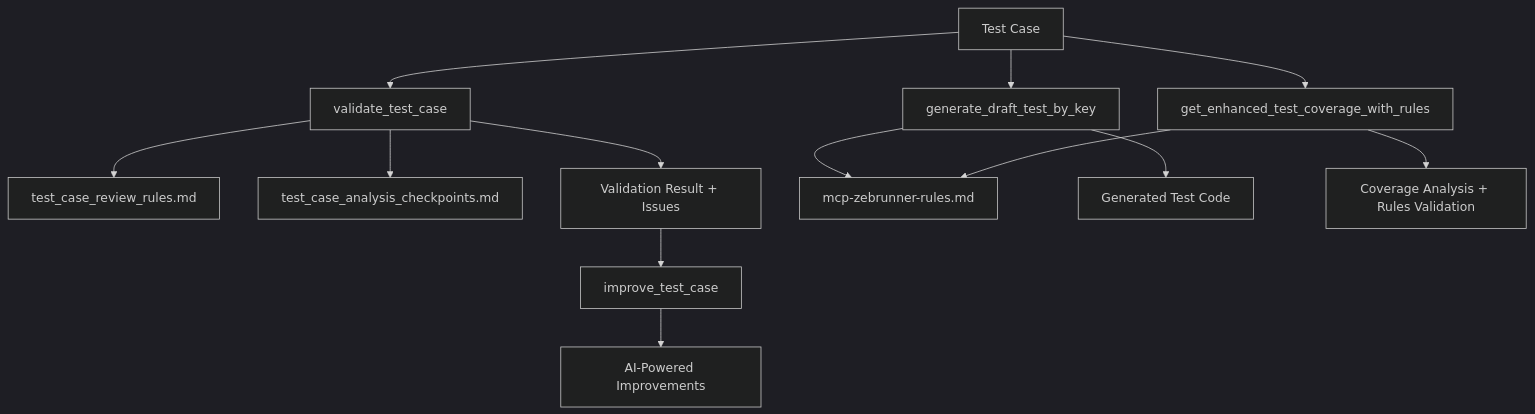
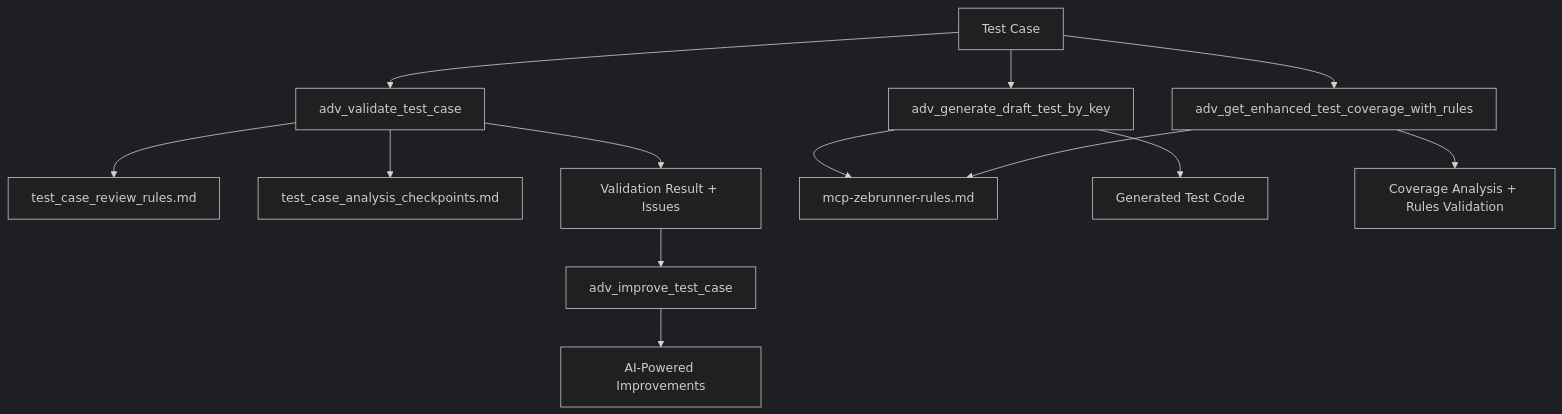
The diagram in README.md (maksimsarychau/mcp-zebrunner), drawn with Mermaid (dark theme) before and after one commit. The commit also changed other lines of this file and 46 other files, not shown here.

````diff
--- a/README.md
+++ b/README.md
@@ -147,18 +149,18 @@
 ```mermaid
 graph TD
-    A[Test Case] --> B[validate_test_case]
+    A[Test Case] --> B[adv_validate_test_case]
     B --> C[test_case_review_rules.md]
     B --> D[test_case_analysis_checkpoints.md]
     B --> E[Validation Result + Issues]
     
-    E --> F[improve_test_case]
+    E --> F[adv_improve_test_case]
     F --> G[AI-Powered Improvements]
     
-    A --> H[generate_draft_test_by_key]
+    A --> H[adv_generate_draft_test_by_key]
     H --> I[mcp-zebrunner-rules.md]
     H --> J[Generated Test Code]
     
-    A --> K[get_enhanced_test_coverage_with_rules]
+    A --> K[adv_get_enhanced_test_coverage_with_rules]
     K --> I
     K --> L[Coverage Analysis + Rules Validation]
 ```
````
